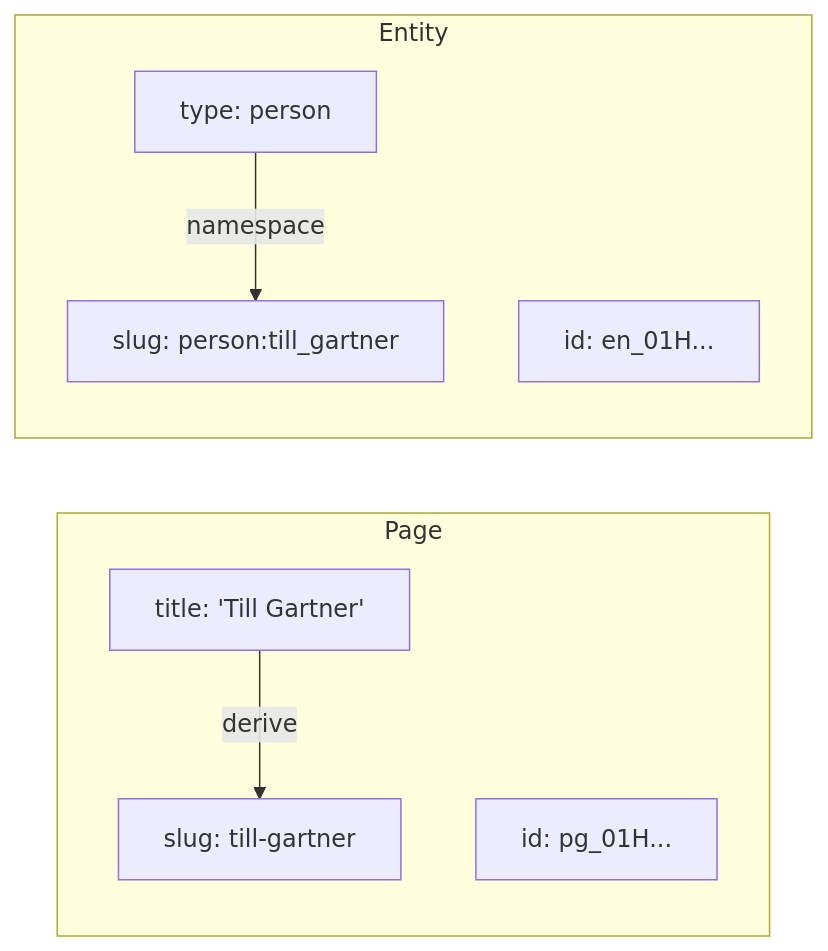
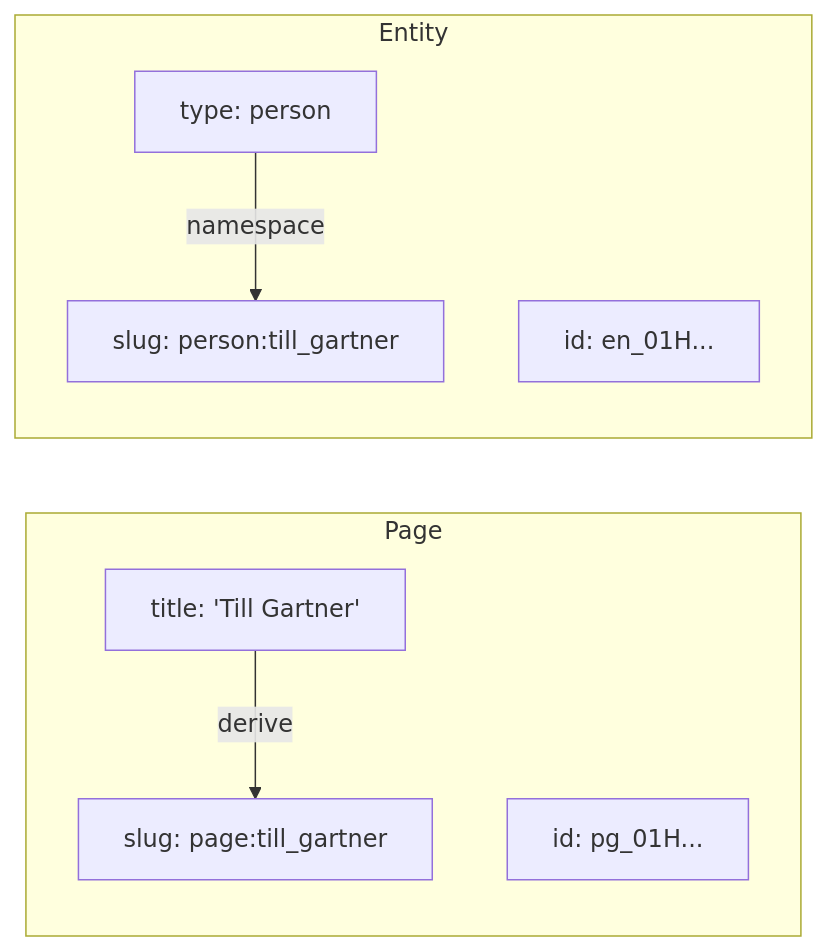
Before and after one commit to tillg/wiki12: the first of 4 diagrams in specs/changes/basic_setup/domain.md, drawn with Mermaid. The commit also changed other lines of this file and 9 other files, not shown here.

````diff
--- a/specs/changes/basic_setup/domain.md
+++ b/specs/changes/basic_setup/domain.md
@@ -39,15 +52,15 @@
 ```mermaid
 flowchart LR
     subgraph Page
         PT["title: 'Till Gartner'"]
-        PS["slug: till-gartner"]
+        PS["slug: page:till_gartner"]
         PID["id: pg_01H..."]
     end
     subgraph Entity
         ET["type: person"]
         ES["slug: person:till_gartner"]
         EID["id: en_01H..."]
     end
     PT -->|derive| PS
     ET -->|namespace| ES
 ```
````
